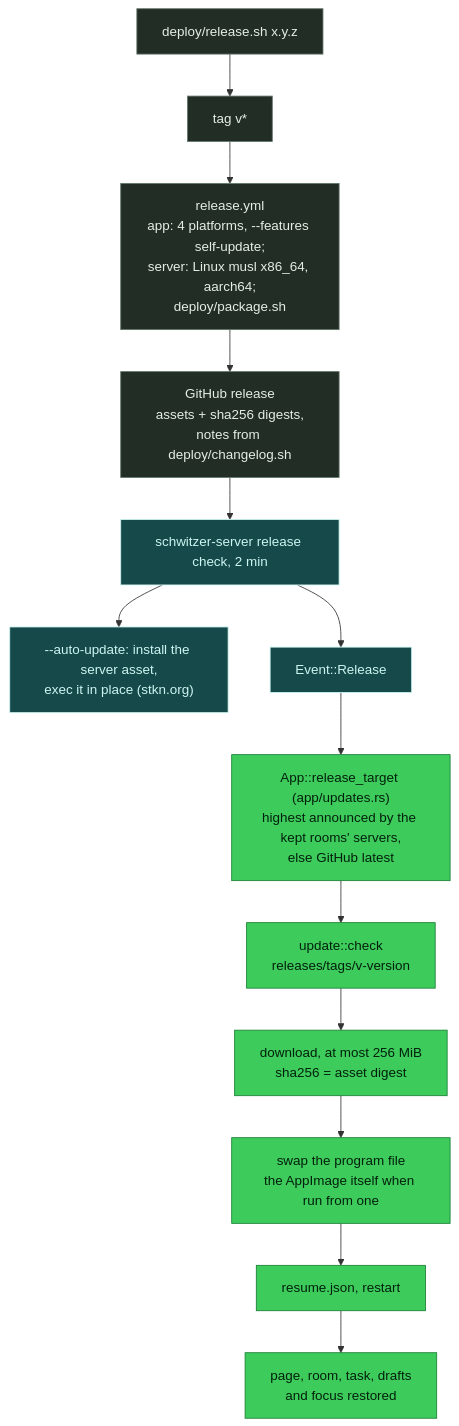
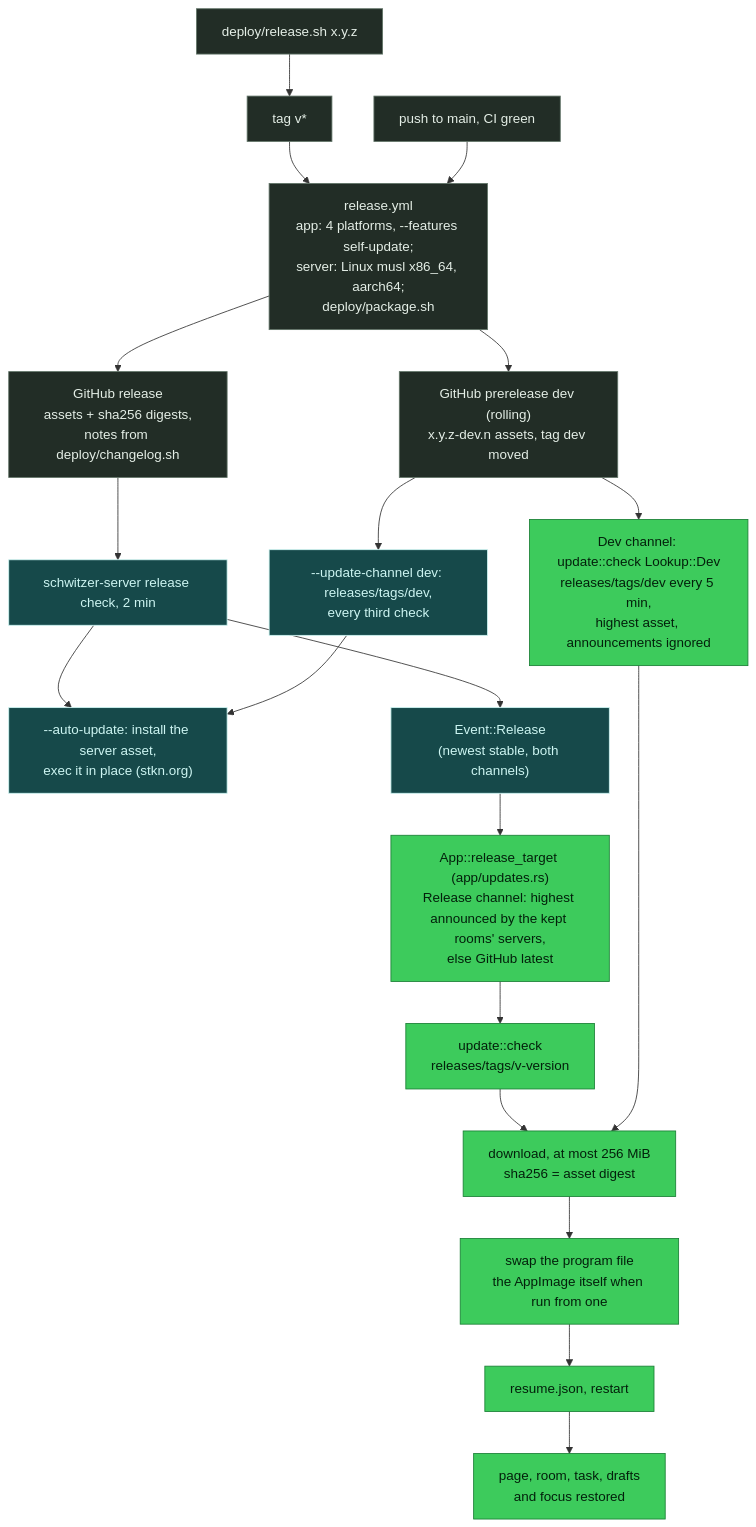
One commit to griasdi/schwitzer changed the eighth of 8 diagrams in docs/ARCHITECTURE.md. Above: the diagram before and after it, drawn with Mermaid. The commit also changed other lines of this file and 20 other files, not shown here.

First line of the commit message:
Add a dev update channel built from every green commit on main

````diff
--- a/docs/ARCHITECTURE.md
+++ b/docs/ARCHITECTURE.md
@@ -510,18 +512,24 @@
 ```mermaid
 flowchart TB
   classDef app fill:#3dcb5c,stroke:#1a7f35,color:#03200b
   classDef server fill:#16494a,stroke:#cdf5f2,color:#cdf5f2
   classDef ext fill:#222d26,stroke:#627568,color:#e4eee6
   rel["deploy/release.sh x.y.z"]:::ext --> tag["tag v*"]:::ext
   tag --> yml["release.yml<br/>app: 4 platforms, --features self-update;<br/>server: Linux musl x86_64, aarch64;<br/>deploy/package.sh"]:::ext
+  main["push to main, CI green"]:::ext --> yml
   yml --> gh["GitHub release<br/>assets + sha256 digests,<br/>notes from deploy/changelog.sh"]:::ext
+  yml --> devgh["GitHub prerelease dev (rolling)<br/>x.y.z-dev.n assets, tag dev moved"]:::ext
   gh --> check["schwitzer-server release check, 2 min"]:::server
+  devgh --> devcheck["--update-channel dev: releases/tags/dev,<br/>every third check"]:::server
   check --> self["--auto-update: install the server asset,<br/>exec it in place (stkn.org)"]:::server
-  check --> ev["Event::Release"]:::server
-  ev --> target["App::release_target (app/updates.rs)<br/>highest announced by the kept rooms' servers,<br/>else GitHub latest"]:::app
+  devcheck --> self
+  check --> ev["Event::Release<br/>(newest stable, both channels)"]:::server
+  ev --> target["App::release_target (app/updates.rs)<br/>Release channel: highest announced by the kept rooms' servers,<br/>else GitHub latest"]:::app
   target --> upd["update::check<br/>releases/tags/v-version"]:::app
+  devgh --> devupd["Dev channel: update::check Lookup::Dev<br/>releases/tags/dev every 5 min,<br/>highest asset, announcements ignored"]:::app
   upd --> dl["download, at most 256 MiB<br/>sha256 = asset digest"]:::app
+  devupd --> dl
   dl --> swap["swap the program file<br/>the AppImage itself when run from one"]:::app
   swap --> resume["resume.json, restart"]:::app
   resume --> back["page, room, task, drafts<br/>and focus restored"]:::app
 ```
````
